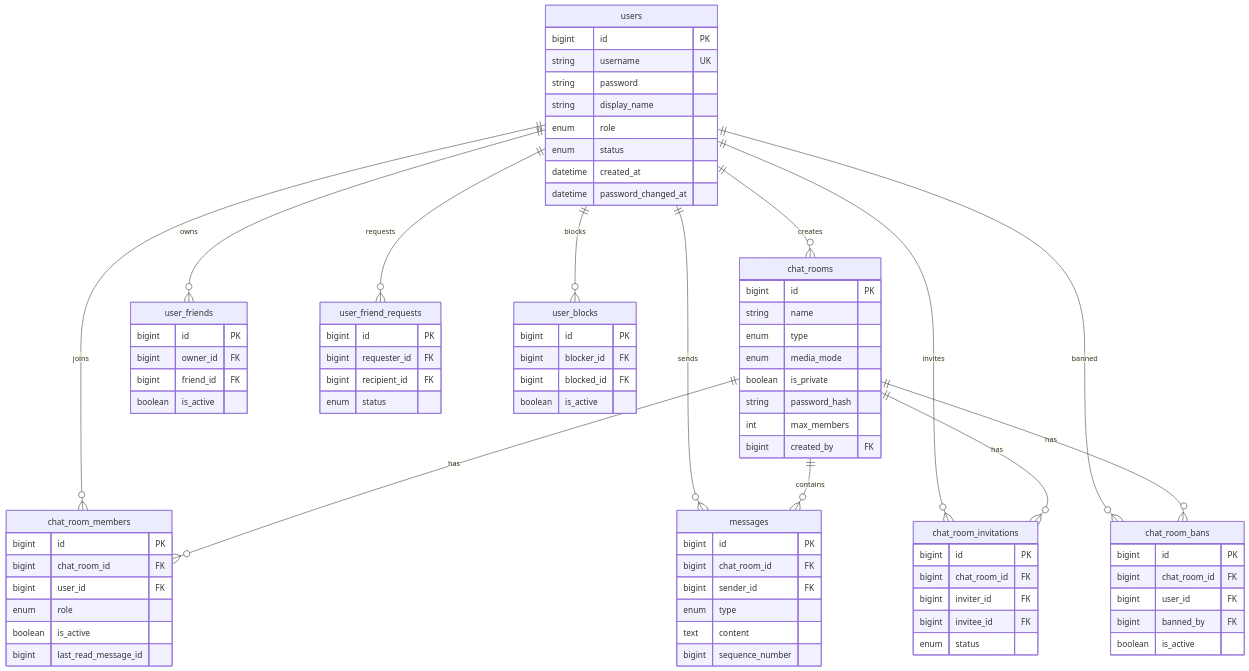
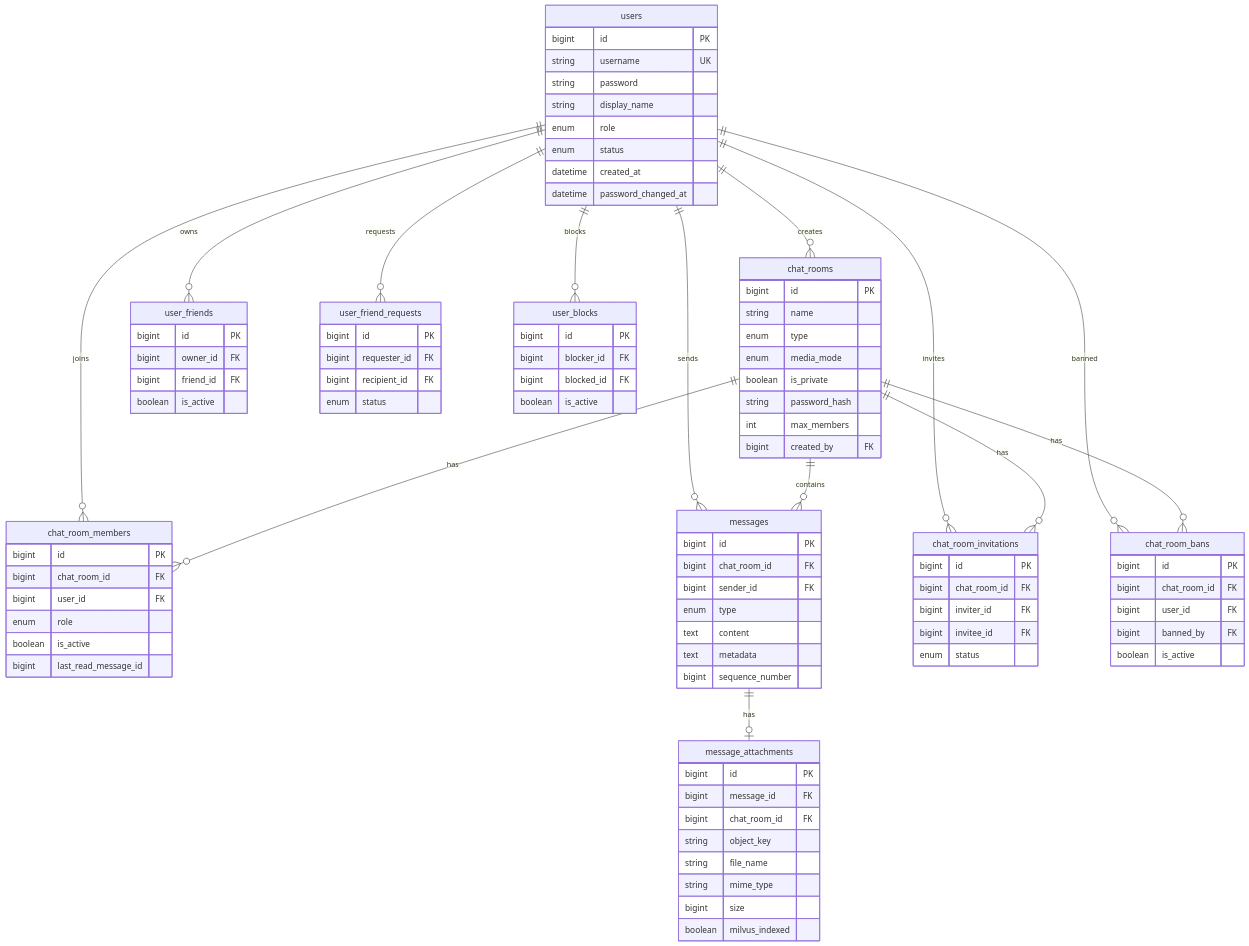
One commit to skyleedevzero86/studyKotlin changed the second of 6 diagrams in ko_chat/README.md. Above: the diagram before and after it, drawn with Mermaid. The commit also changed other lines of this file, not shown here.

```diff
--- a/ko_chat/README.md
+++ b/ko_chat/README.md
@@ -195,6 +256,7 @@
     chat_rooms ||--o{ chat_room_members : has
     users ||--o{ messages : sends
     chat_rooms ||--o{ messages : contains
+    messages ||--o| message_attachments : has
     users ||--o{ chat_room_invitations : invites
     chat_rooms ||--o{ chat_room_invitations : has
     users ||--o{ chat_room_bans : banned
@@ -240,7 +302,19 @@
         bigint sender_id FK
         enum type
         text content
+        text metadata
         bigint sequence_number
+    }
+
+    message_attachments {
+        bigint id PK
+        bigint message_id FK
+        bigint chat_room_id FK
+        string object_key
+        string file_name
+        string mime_type
+        bigint size
+        boolean milvus_indexed
     }
 
     chat_room_invitations {
```
